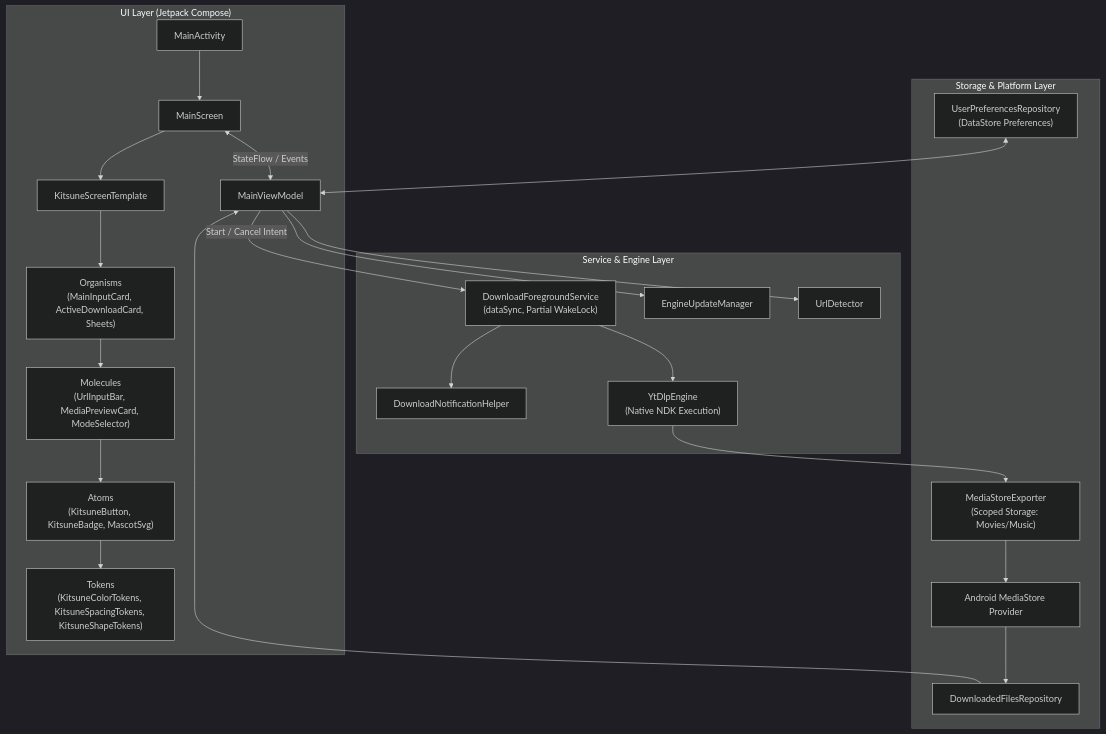
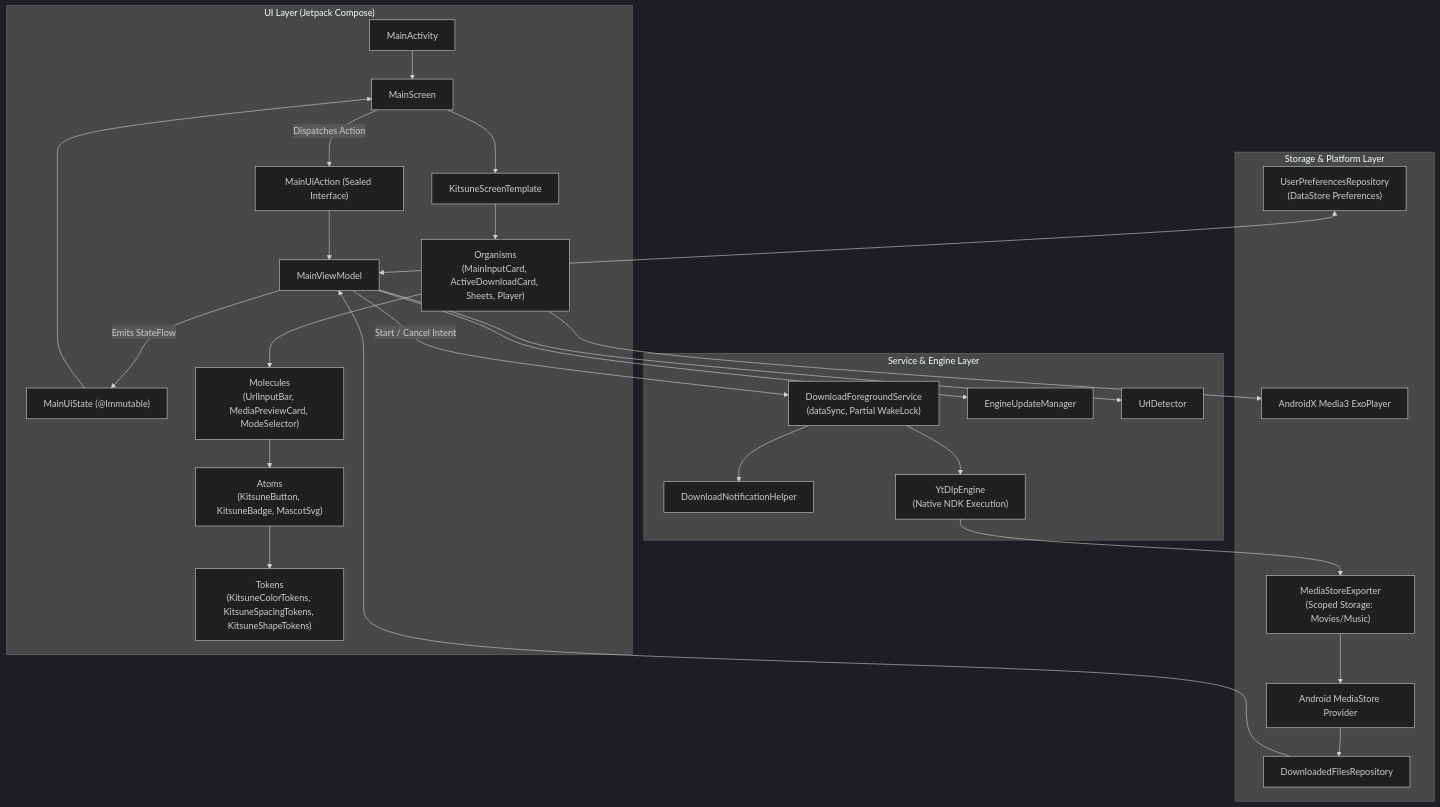
The first of 2 diagrams in ARCHITECTURE.md (danielcrvo/kitsune), drawn with Mermaid (dark theme) before and after one commit. The commit also changed other lines of this file and 21 other files, not shown here.

Commit message:
feat(architecture): elevate to software standards with MVI, design tokens, Compose metrics, and CI linting

````diff
--- a/ARCHITECTURE.md
+++ b/ARCHITECTURE.md
@@ -16,47 +16,55 @@
 ```mermaid
 flowchart TD
     subgraph UI_Layer["UI Layer (Jetpack Compose)"]
         Activity["MainActivity"]
         Screen["MainScreen"]
         ViewModel["MainViewModel"]
+        Action["MainUiAction (Sealed Interface)"]
+        State["MainUiState (@Immutable)"]
         Template["KitsuneScreenTemplate"]
-        Organisms["Organisms\n(MainInputCard, ActiveDownloadCard, Sheets)"]
+        Organisms["Organisms\n(MainInputCard, ActiveDownloadCard, Sheets, Player)"]
         Molecules["Molecules\n(UrlInputBar, MediaPreviewCard, ModeSelector)"]
         Atoms["Atoms\n(KitsuneButton, KitsuneBadge, MascotSvg)"]
         Tokens["Tokens\n(KitsuneColorTokens, KitsuneSpacingTokens, KitsuneShapeTokens)"]
     end
 
     subgraph Service_Layer["Service & Engine Layer"]
         Service["DownloadForegroundService\n(dataSync, Partial WakeLock)"]
         Helper["DownloadNotificationHelper"]
         Engine["YtDlpEngine\n(Native NDK Execution)"]
         Updater["EngineUpdateManager"]
         Detector["UrlDetector"]
     end
 
     subgraph Storage_Layer["Storage & Platform Layer"]
         Exporter["MediaStoreExporter\n(Scoped Storage: Movies/Music)"]
         FilesRepo["DownloadedFilesRepository"]
         PrefsRepo["UserPreferencesRepository\n(DataStore Preferences)"]
+        ExoPlayer["AndroidX Media3 ExoPlayer"]
         AndroidMediaStore["Android MediaStore Provider"]
     end
 
     Activity --> Screen
     Screen --> Template
     Template --> Organisms
     Organisms --> Molecules
     Molecules --> Atoms
     Atoms --> Tokens
 
-    Screen <-->|StateFlow / Events| ViewModel
+    Screen -->|Dispatches Action| Action
+    Action --> ViewModel
+    ViewModel -->|Emits StateFlow| State
+    State --> Screen
+
     ViewModel -->|Start / Cancel Intent| Service
     Service --> Helper
     Service --> Engine
     Engine --> Exporter
     Exporter --> AndroidMediaStore
     AndroidMediaStore --> FilesRepo
     FilesRepo --> ViewModel
     PrefsRepo <--> ViewModel
     ViewModel --> Updater
     ViewModel --> Detector
+    Organisms --> ExoPlayer
 ```
````
